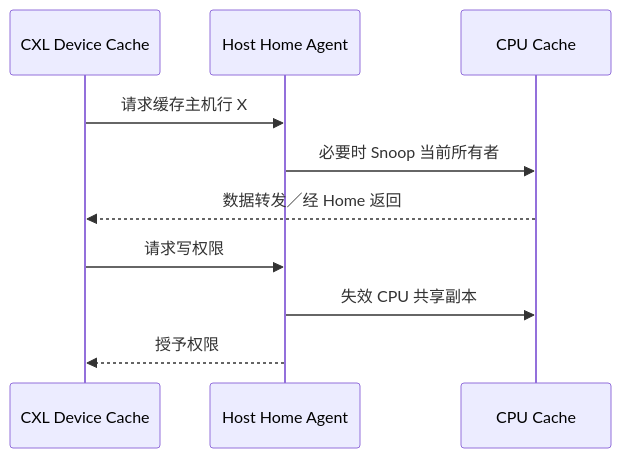
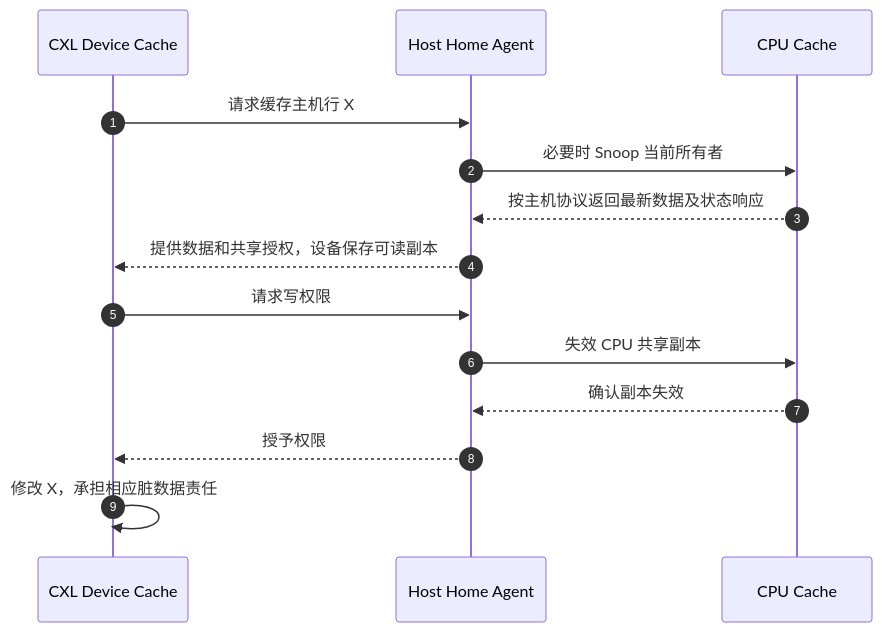
The second of 2 diagrams in knowledge/foundations/computer_architecture/cache_coherence/P09_CXL.cache_与设备一致性.md (FormingSystem/linux_note), drawn with Mermaid before and after one commit. The commit also changed other lines of this file and 10 other files, not shown here.

First line of the commit message:
content(architecture/cache): 重建缓存一致性事务与硬件职责的因果讲解

````diff
--- a/knowledge/foundations/computer_architecture/cache_coherence/P09_CXL.cache_与设备一致性.md
+++ b/knowledge/foundations/computer_architecture/cache_coherence/P09_CXL.cache_与设备一致性.md
@@ -41,12 +47,16 @@
 ```mermaid
 sequenceDiagram
+    autonumber
     participant D as CXL Device Cache
     participant H as Host Home Agent
     participant C as CPU Cache
     D->>H: 请求缓存主机行 X
     H->>C: 必要时 Snoop 当前所有者
-    C-->>D: 数据转发／经 Home 返回
+    C-->>H: 按主机协议返回最新数据及状态响应
+    H-->>D: 提供数据和共享授权，设备保存可读副本
     D->>H: 请求写权限
     H->>C: 失效 CPU 共享副本
+    C-->>H: 确认副本失效
     H-->>D: 授予权限
+    D->>D: 修改 X，承担相应脏数据责任
 ```
````
